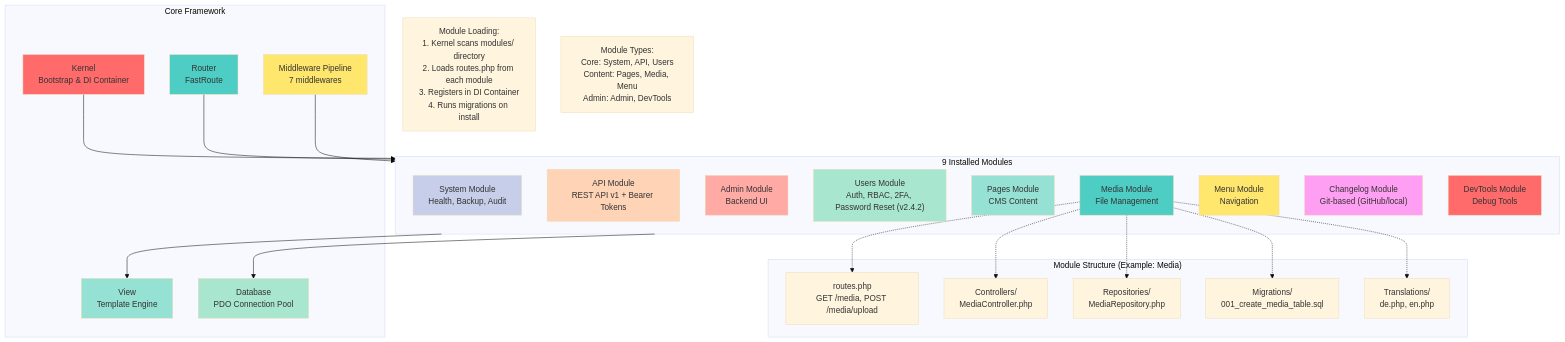
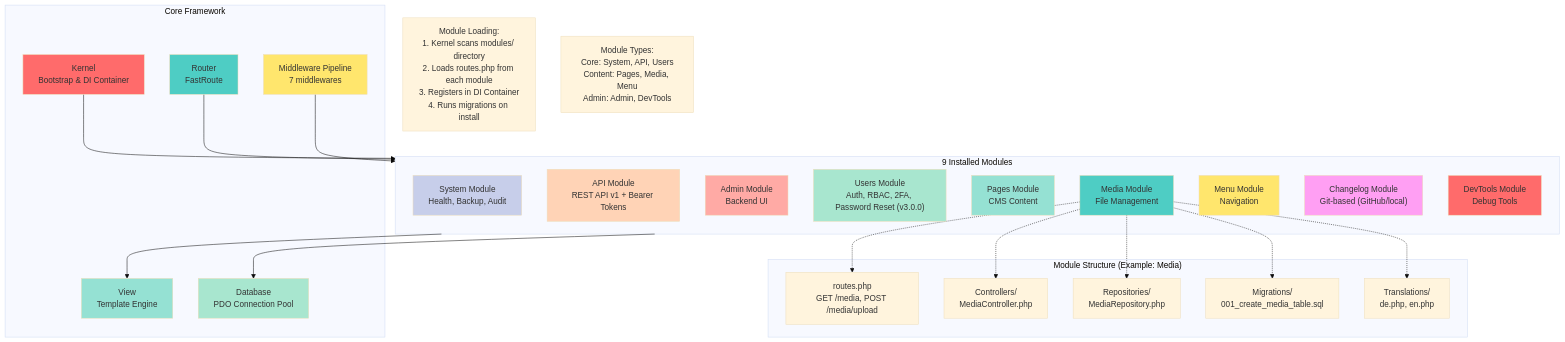
One commit to SLAED-CMS/LAAS changed the diagram in docs/diagrams/module-structure.mmd. Above: the diagram before and after it, drawn with Mermaid (base theme). The commit also changed 7 other files, not shown here.

```diff
--- a/docs/diagrams/module-structure.mmd
+++ b/docs/diagrams/module-structure.mmd
@@ -1,67 +1,67 @@
 graph TD
-    %% LAAS CMS v2.4.2 - Module Architecture
+    %% LAAS CMS v3.0.0 - Module Architecture
     %% 9 modules: System, API, Admin, Users, Pages, Media, Menu, Changelog, DevTools
     %% Loading: Kernel scans modules/ -> reads config/modules.php -> includes routes.php
     %% Types: Core (required), Content (can disable), Admin (dev-only)
-    %% Security: 2FA/TOTP, Password Reset, Session Timeout (v2.4.2)
-    %% Version: v2.4.2 (2026-01-10)
+    %% Security: 2FA/TOTP, Password Reset, Session Timeout (v3.0.0)
+    %% Version: v3.0.0 (2026-01-11)
 
     subgraph Core["Core Framework"]
         Kernel["Kernel<br/>Bootstrap & DI Container"]
         Router["Router<br/>FastRoute"]
         Middleware["Middleware Pipeline<br/>7 middlewares"]
         View["View<br/>Template Engine"]
         DB["Database<br/>PDO Connection Pool"]
     end
 
     subgraph Modules["9 Installed Modules"]
         System["System Module<br/>Health, Backup, Audit"]
         API["API Module<br/>REST API v1 + Bearer Tokens"]
         Admin["Admin Module<br/>Backend UI"]
-        Users["Users Module<br/>Auth, RBAC, 2FA, Password Reset (v2.4.2)"]
+        Users["Users Module<br/>Auth, RBAC, 2FA, Password Reset (v3.0.0)"]
         Pages["Pages Module<br/>CMS Content"]
         Media["Media Module<br/>File Management"]
         Menu["Menu Module<br/>Navigation"]
         Changelog["Changelog Module<br/>Git-based (GitHub/local)"]
         DevTools["DevTools Module<br/>Debug Tools"]
     end
 
     subgraph ModuleStructure["Module Structure (Example: Media)"]
         Routes["routes.php<br/>GET /media, POST /media/upload"]
         Controllers["Controllers/<br/>MediaController.php"]
         Repos["Repositories/<br/>MediaRepository.php"]
         Migrations["Migrations/<br/>001_create_media_table.sql"]
         Translations["Translations/<br/>de.php, en.php"]
     end
 
     Kernel --> Modules
     Router --> Modules
     Middleware --> Modules
     Modules --> DB
     Modules --> View
 
     Media -.-> Routes
     Media -.-> Controllers
     Media -.-> Repos
     Media -.-> Migrations
     Media -.-> Translations
 
     style Kernel fill:#ff6b6b
     style Router fill:#4ecdc4
     style Middleware fill:#ffe66d
     style View fill:#95e1d3
     style DB fill:#a8e6cf
 
     style System fill:#c7ceea
     style API fill:#ffd3b6
     style Admin fill:#ffaaa5
     style Users fill:#a8e6cf
     style Pages fill:#95e1d3
     style Media fill:#4ecdc4
     style Menu fill:#ffe66d
     style Changelog fill:#ff9ff3
     style DevTools fill:#ff6b6b
 
     %% Notes
     Note1["Module Loading:<br/>1. Kernel scans modules/ directory<br/>2. Loads routes.php from each module<br/>3. Registers in DI Container<br/>4. Runs migrations on install"]
     Note2["Module Types:<br/>Core: System, API, Users<br/>Content: Pages, Media, Menu<br/>Admin: Admin, DevTools"]
```
